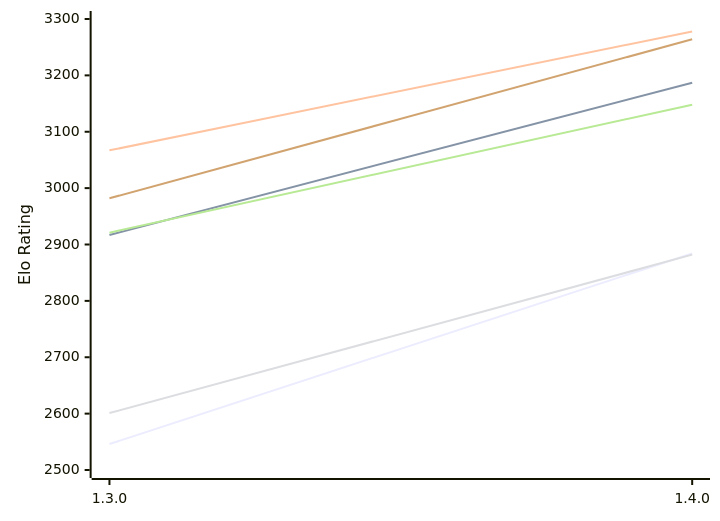
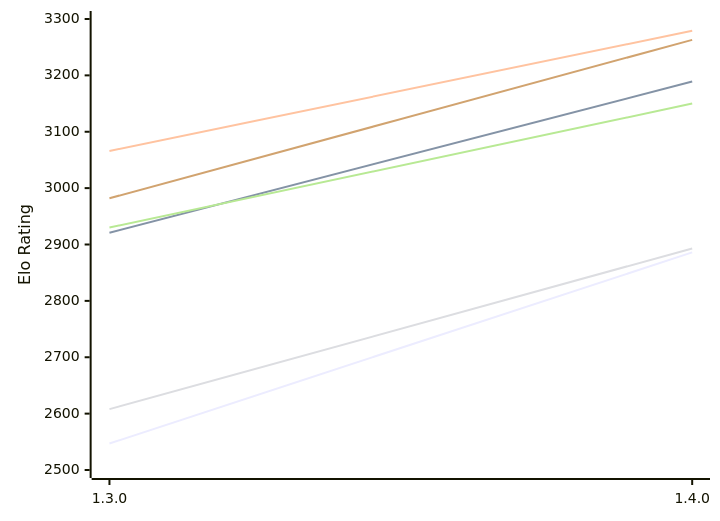
One commit to computer-chess-index/cci changed the first of 2 diagrams in engines/Ember.md. Above: the diagram before and after it, drawn with Mermaid. The commit also changed other lines of this file, not shown here.

Commit message:
Update CCI Ratings (ELO VLTC) - 2026-11-17

````diff
--- a/engines/Ember.md
+++ b/engines/Ember.md
@@ -51,12 +51,12 @@
 ```mermaid
 %%{init: {"theme":"base","themeVariables":{"seriesColors:['#a3a3a3','#222221','#faa371']}}}%%
 xychart-beta
   x-axis ["1.3.0", "1.4.0"]
   y-axis "Elo Rating" 2500 --> 3300
-  line "E1: STC (8.0+0.08s)" [2546, 2884]
-  line "E1: LTC (60.0+0.60s)" [2917, 3187]
-  line "E1: VLTC (2m24s+1.12s)" [3067, 3278]
-  line "P1: STC (8.0+0.08s)" [2601, 2882]
-  line "P1: LTC (60.0+0.60s)" [2921, 3148]
-  line "P1: VLTC (2m24s+1.12s)" [2982, 3264]
+  line "E1: STC (8.0+0.08s)" [2547, 2886]
+  line "E1: LTC (60.0+0.60s)" [2921, 3189]
+  line "E1: VLTC (2m24s+1.12s)" [3066, 3279]
+  line "P1: STC (8.0+0.08s)" [2608, 2893]
+  line "P1: LTC (60.0+0.60s)" [2930, 3150]
+  line "P1: VLTC (2m24s+1.12s)" [2982, 3263]
 ```
````
